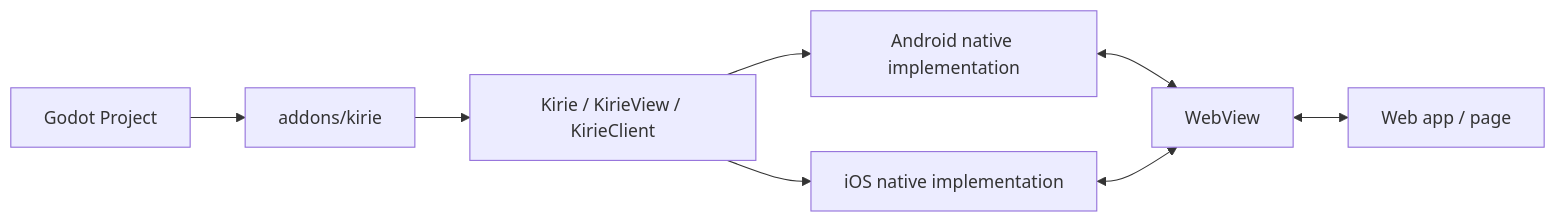
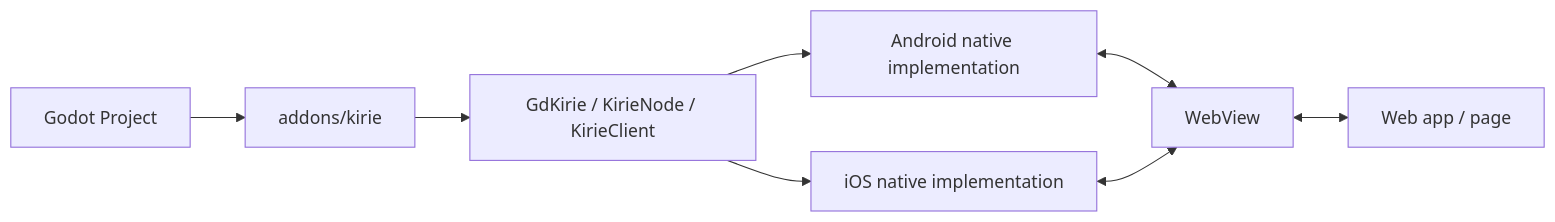
Before and after one commit to moeru-ai/godot-kirie: the diagram in README.md, drawn with Mermaid. The commit also changed other lines of this file and 12 other files, not shown here.

````diff
--- a/README.md
+++ b/README.md
@@ -39,10 +39,10 @@
 ```mermaid
 flowchart LR
     A["Godot Project"] --> B["addons/kirie"]
-    B --> C["Kirie / KirieView / KirieClient"]
+    B --> C["GdKirie / KirieNode / KirieClient"]
     C --> D["Android native implementation"]
     C --> E["iOS native implementation"]
     D <--> F["WebView"]
     E <--> F
     F <--> G["Web app / page"]
 ```
````
